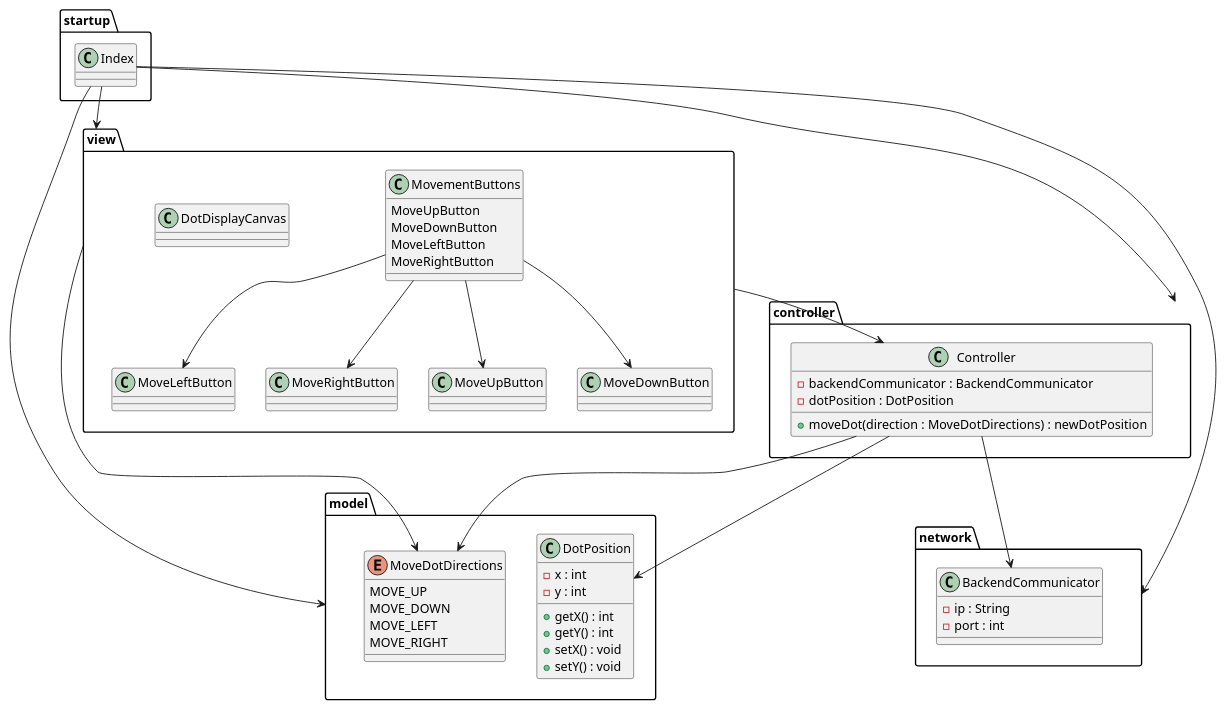
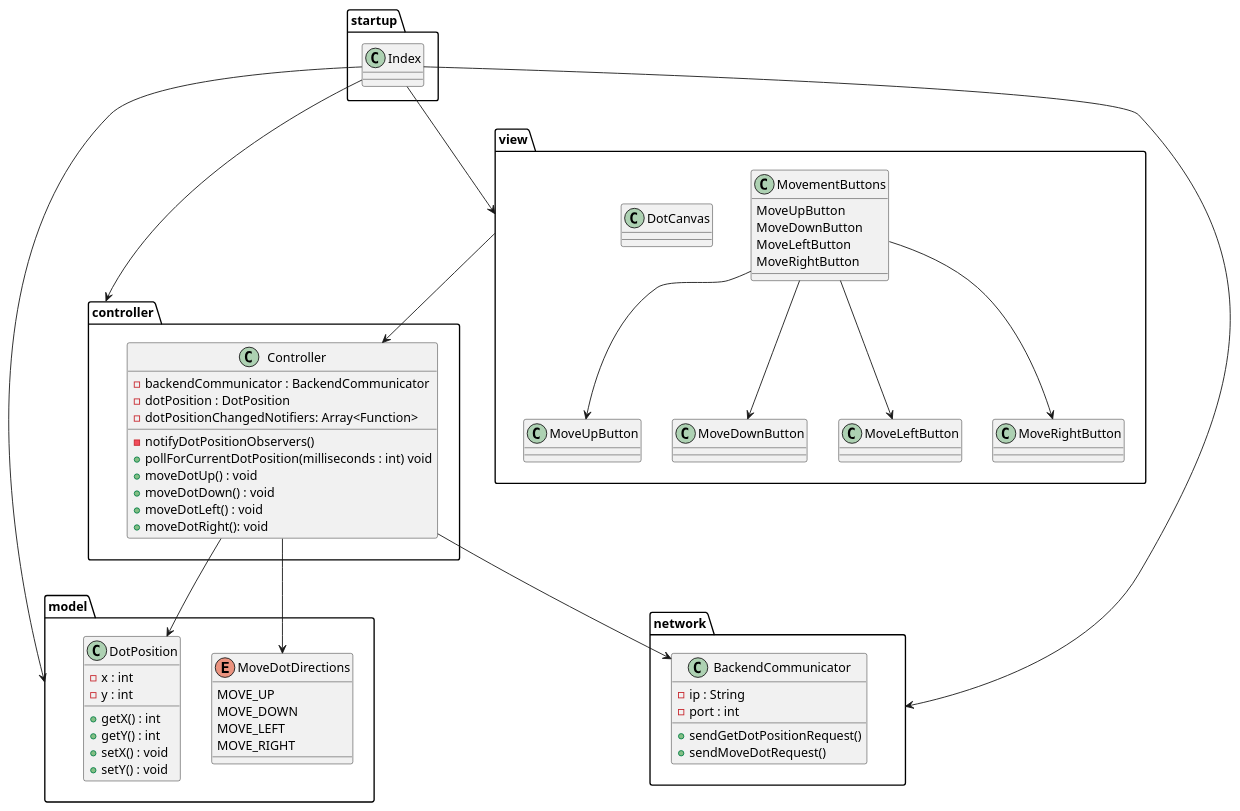
Before and after one commit to siavashhanifi/move-dot: the diagram in documentation/frontend/classDiagram.puml, drawn with PlantUML. The commit also changed 8 other files, not shown here.

```diff
--- a/documentation/frontend/classDiagram.puml
+++ b/documentation/frontend/classDiagram.puml
@@ -1,79 +1,85 @@
 @startuml
 
 package startup
 {
     class Index{
 
     }
 }
 
 package view {
     class MoveUpButton
     class MoveDownButton
     class MoveLeftButton
     class MoveRightButton
 
     class MovementButtons
     {
         MoveUpButton
         MoveDownButton
         MoveLeftButton
         MoveRightButton
     }
 
-    class DotDisplayCanvas
+    class DotCanvas
 }
-
 
 package controller {
     class Controller{
         -backendCommunicator : BackendCommunicator
         -dotPosition : DotPosition
-        +moveDot(direction : MoveDotDirections) : newDotPosition
+        -dotPositionChangedNotifiers: Array<Function>
+        -notifyDotPositionObservers()
+        +pollForCurrentDotPosition(milliseconds : int) void
+        +moveDotUp() : void
+        +moveDotDown() : void
+        +moveDotLeft() : void
+        +moveDotRight(): void
     }
 }
 
 package network {
     class BackendCommunicator{
         -ip : String
         -port : int
+        +sendGetDotPositionRequest()
+        +sendMoveDotRequest()
     }
 }
 
 package model {
 
 enum MoveDotDirections {
     MOVE_UP
     MOVE_DOWN
     MOVE_LEFT
     MOVE_RIGHT
 }
 class DotPosition
     {
         -x : int
         -y : int
         +getX() : int
         +getY() : int
         +setX() : void
         +setY() : void
     }
 }
 
 Index --> view
 Index --> controller
 Index --> model
 Index --> network
 
 MovementButtons --> MoveDownButton
 MovementButtons --> MoveUpButton
 MovementButtons --> MoveLeftButton
 MovementButtons --> MoveRightButton
 
 view --> Controller
-view --> MoveDotDirections
 
 Controller --> DotPosition
 Controller --> BackendCommunicator
 Controller -> MoveDotDirections
 
 @enduml
```
